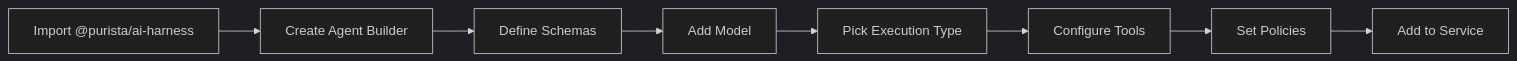
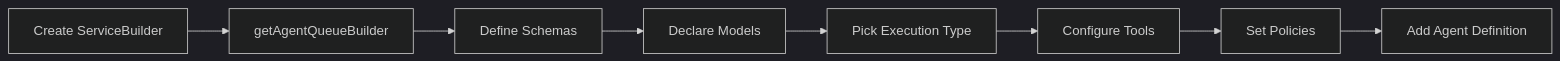
The diagram in web/src/content/handbook-cards/blocks/agent-pattern/agent-builder.mdx (puristajs/purista), drawn with Mermaid (dark theme) before and after one commit. The commit also changed other lines of this file and 1137 other files, not shown here.

````diff
--- a/web/src/content/handbook-cards/blocks/agent-pattern/agent-builder.mdx
+++ b/web/src/content/handbook-cards/blocks/agent-pattern/agent-builder.mdx
@@ -10,10 +10,10 @@
 ```mermaid
 flowchart LR
-    A[Import @purista/ai-harness] --> B[Create Agent Builder]
+    A[Create ServiceBuilder] --> B[getAgentQueueBuilder]
     B --> C[Define Schemas]
-    C --> D[Add Model]
+    C --> D[Declare Models]
     D --> E[Pick Execution Type]
     E --> F[Configure Tools]
     F --> G[Set Policies]
-    G --> H[Add to Service]
+    G --> H[Add Agent Definition]
 ```
````
